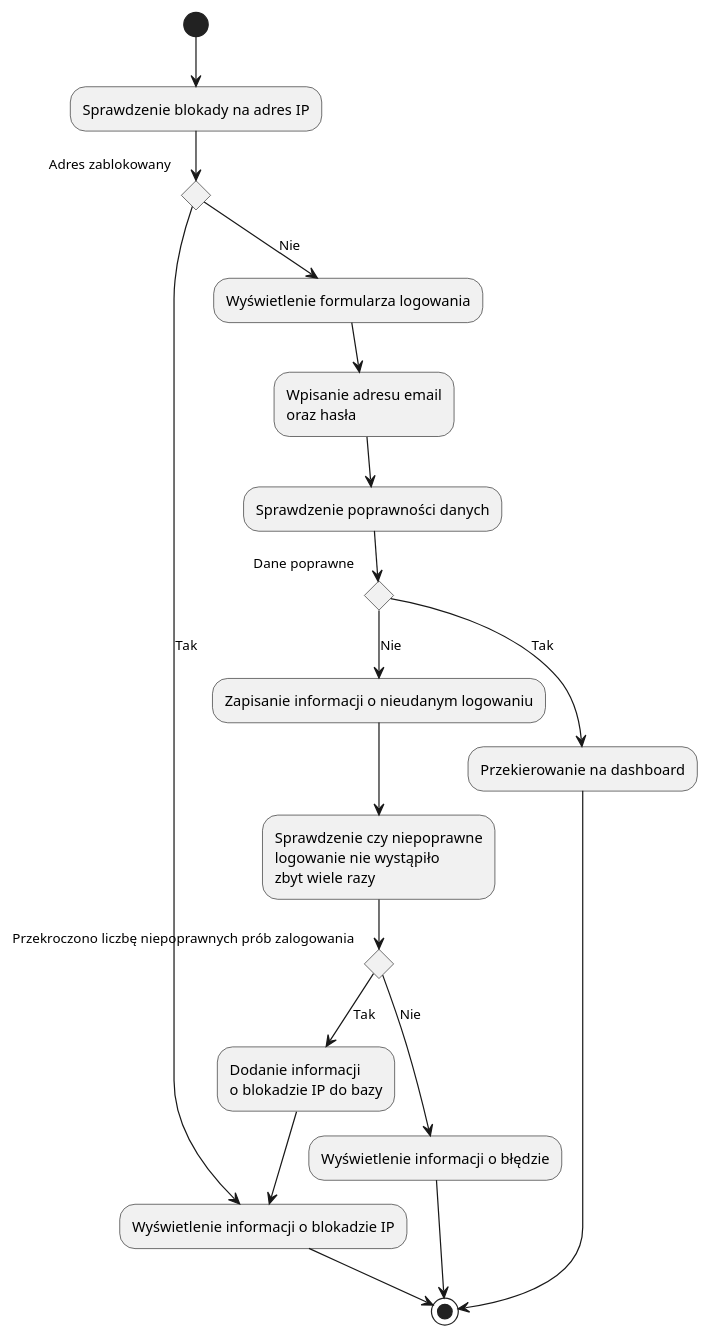
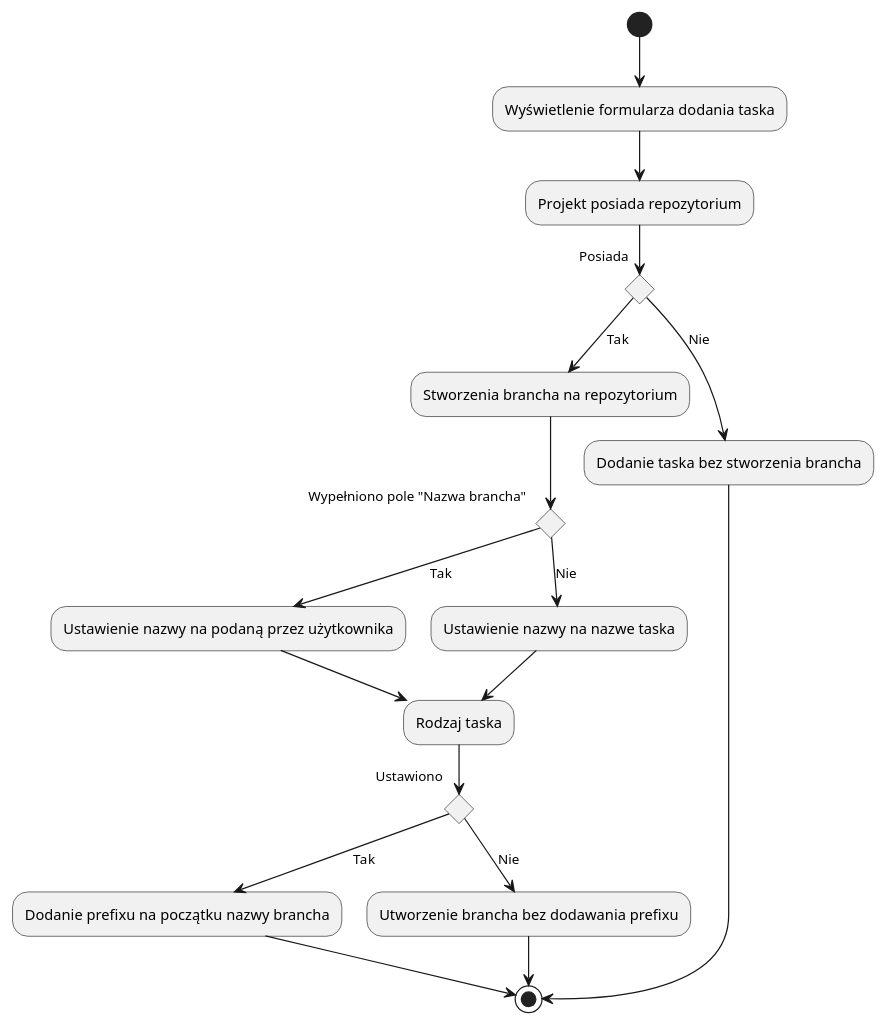
Before and after one commit to BurdalskiBartosz/effective-combine: the second of 6 diagrams in docs/funkcjonalnosci/aplikacja/task.md, drawn with PlantUML. The commit also changed other lines of this file and 4 other files, not shown here.

```diff
--- a/docs/funkcjonalnosci/aplikacja/task.md
+++ b/docs/funkcjonalnosci/aplikacja/task.md
@@ -53,25 +23,25 @@
 @startuml
-(*) --> "Sprawdzenie blokady na adres IP"
-if "Adres zablokowany" then
-    --> [Tak] "Wyświetlenie informacji o blokadzie IP"
-    --> (*)
+  (*)--> "Wyświetlenie formularza dodania taska"
+     --> "Projekt posiada repozytorium"
+if "Posiada" then
+  --> [Tak] Stworzenia brancha na repozytorium
+    if Wypełniono pole "Nazwa brancha" then
+      --> [Tak] "Ustawienie nazwy na podaną przez użytkownika"
+      --> Rodzaj taska
+    else
+    --> [Nie] "Ustawienie nazwy na nazwe taska"
+    --> Rodzaj taska
+        if Ustawiono then
+        --> [Tak] Dodanie prefixu na początku nazwy brancha
+        --> (*)
+      else
+        --> [Nie] Utworzenie brancha bez dodawania prefixu
+        --> (*)
+      endif
+    endif
 else
-    --> [Nie] "Wyświetlenie formularza logowania"
+  --> [Nie] Dodanie taska bez stworzenia brancha
+  --> (*)
 endif
---> "Wpisanie adresu email\noraz hasła"
---> "Sprawdzenie poprawności danych"
-if "Dane poprawne" then
-    --> [Tak] "Przekierowanie na dashboard"
-    --> (*)
-else
-    --> [Nie] "Zapisanie informacji o nieudanym logowaniu"
-endif
---> "Sprawdzenie czy niepoprawne\nlogowanie nie wystąpiło\nzbyt wiele razy"
-if "Przekroczono liczbę niepoprawnych prób zalogowania" then
-    --> [Tak] "Dodanie informacji\no blokadzie IP do bazy"
-    --> "Wyświetlenie informacji o blokadzie IP"
-else 
-    --> [Nie] "Wyświetlenie informacji o błędzie"
-endif
---> (*)
+
 @enduml
```
